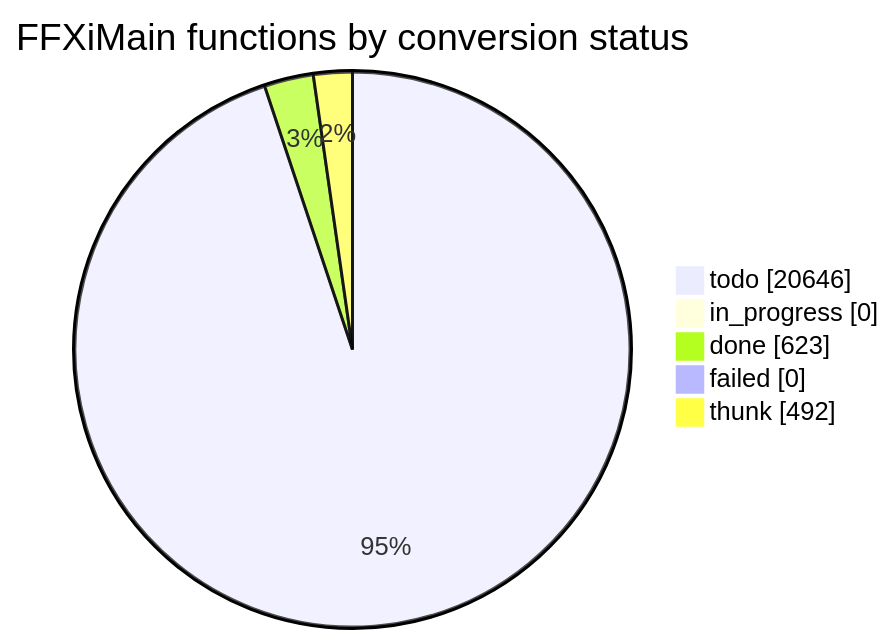
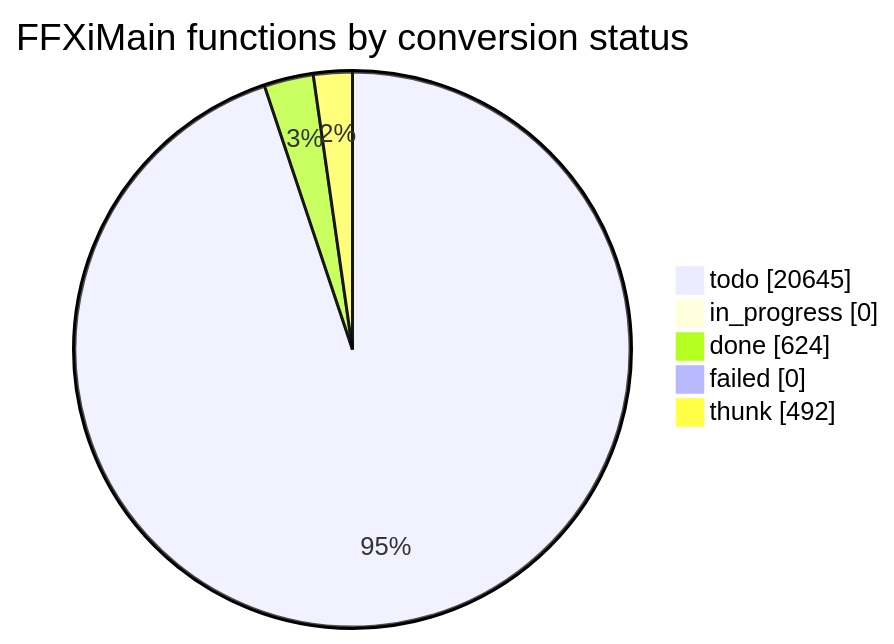
One commit to cowrevenge/cow_kuluu_xi_anything changed the diagram in docs/cow/STATUS.md. Above: the diagram before and after it, drawn with Mermaid. The commit also changed other lines of this file and 9 other files, not shown here.

````diff
--- a/docs/cow/STATUS.md
+++ b/docs/cow/STATUS.md
@@ -18,9 +18,9 @@
 ```mermaid
 pie showData
     title FFXiMain functions by conversion status
-    "todo" : 20646
+    "todo" : 20645
     "in_progress" : 0
-    "done" : 623
+    "done" : 624
     "failed" : 0
     "thunk" : 492
 ```
````
